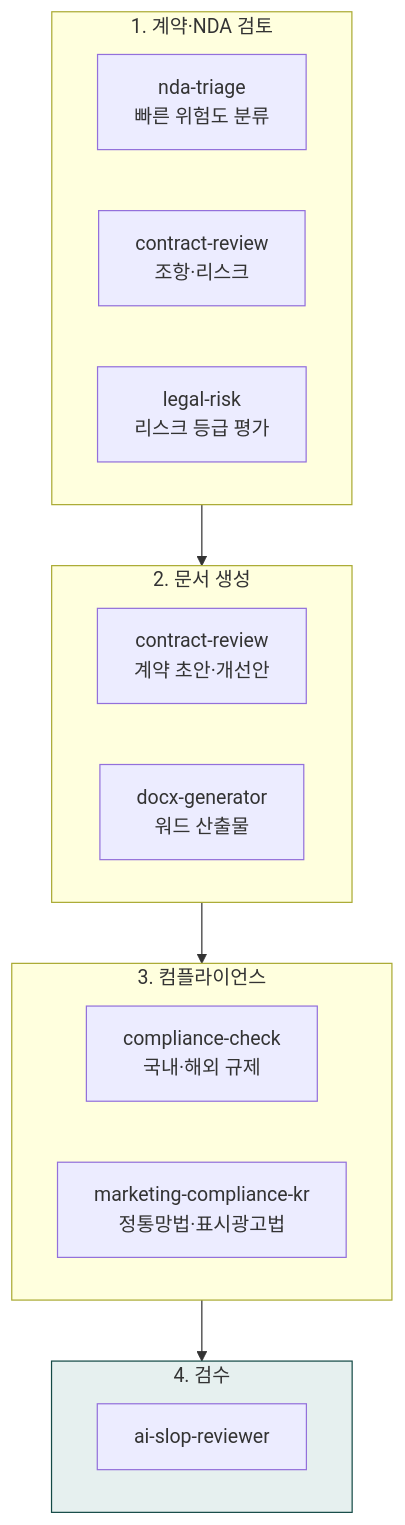
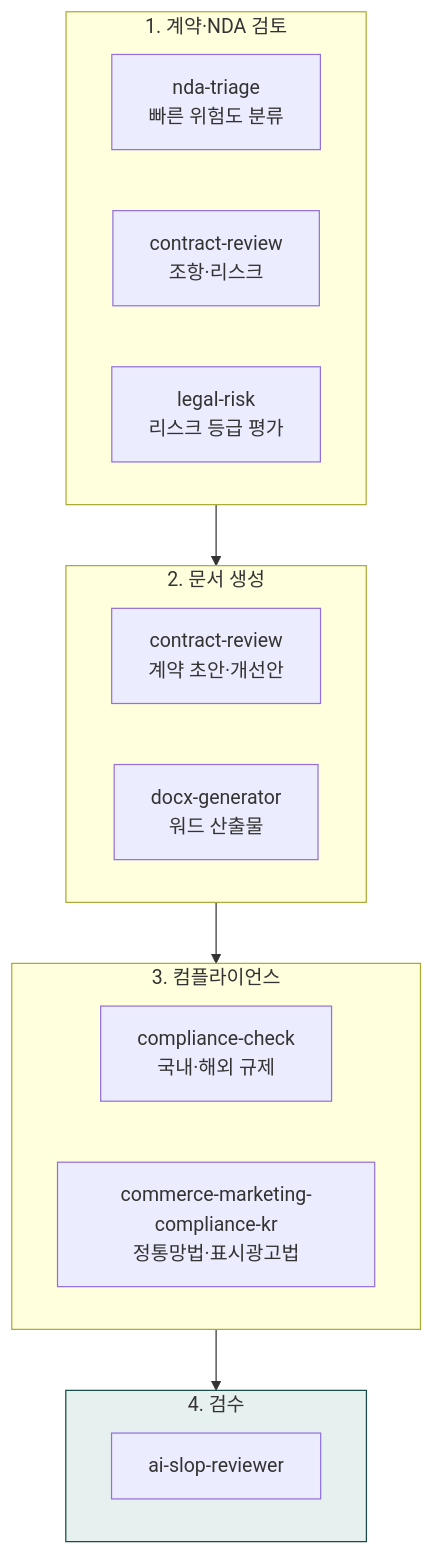
The diagram in content/cookbook/tracks/track-legal.md (modu-ai/claude), drawn with Mermaid before and after one commit. The commit also changed other lines of this file and 43 other files, not shown here.

````diff
--- a/content/cookbook/tracks/track-legal.md
+++ b/content/cookbook/tracks/track-legal.md
@@ -14,21 +14,21 @@
 ```mermaid
 flowchart TD
     subgraph 검토["1. 계약·NDA 검토"]
         A1["nda-triage<br/>빠른 위험도 분류"]
         A2["contract-review<br/>조항·리스크"]
         A3["legal-risk<br/>리스크 등급 평가"]
     end
     subgraph 생성["2. 문서 생성"]
         B1["contract-review<br/>계약 초안·개선안"]
         B2["docx-generator<br/>워드 산출물"]
     end
     subgraph 규제["3. 컴플라이언스"]
         C1["compliance-check<br/>국내·해외 규제"]
-        C2["marketing-compliance-kr<br/>정통망법·표시광고법"]
+        C2["commerce-marketing-compliance-kr<br/>정통망법·표시광고법"]
     end
     subgraph 검수["4. 검수"]
         D1["ai-slop-reviewer"]
     end
     검토 --> 생성 --> 규제 --> 검수
     style 검수 fill:#e6f0ef,stroke:#144a46
 ```
````
